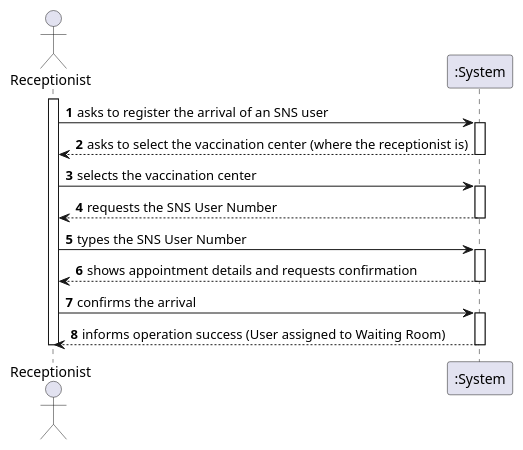
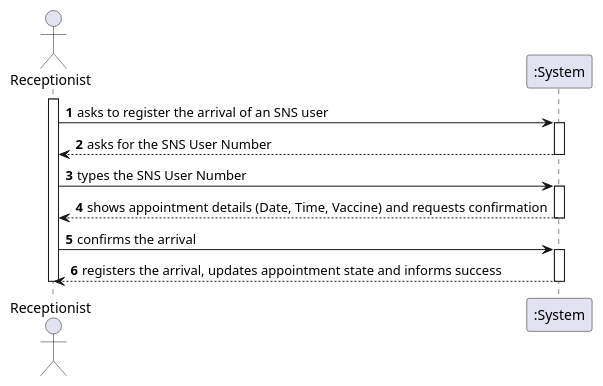
One commit to afonso51111/leti-esoft-25-26-A33 changed the diagram in project-template/docs/sprint 4/US22/puml/US22-SSD.puml. Above: the diagram before and after it, drawn with PlantUML. The commit also changed 201 other files, not shown here.

```diff
--- a/project-template/docs/sprint 4/US22/puml/US22-SSD.puml
+++ b/project-template/docs/sprint 4/US22/puml/US22-SSD.puml
@@ -1,33 +1,24 @@
 @startuml
 autonumber
 actor "Receptionist" as Rec
 participant ":System" as System
 
 activate Rec
 
 Rec -> System : asks to register the arrival of an SNS user
 activate System
-
-System --> Rec : asks to select the vaccination center (where the receptionist is)
-deactivate System
-
-Rec -> System : selects the vaccination center
-activate System
-
-System --> Rec : requests the SNS User Number
+System --> Rec : asks for the SNS User Number
 deactivate System
 
 Rec -> System : types the SNS User Number
 activate System
-
-System --> Rec : shows appointment details and requests confirmation
+System --> Rec : shows appointment details (Date, Time, Vaccine) and requests confirmation
 deactivate System
 
 Rec -> System : confirms the arrival
 activate System
-
-System --> Rec : informs operation success (User assigned to Waiting Room)
+System --> Rec : registers the arrival, updates appointment state and informs success
 deactivate System
 
 deactivate Rec
 @enduml
```
